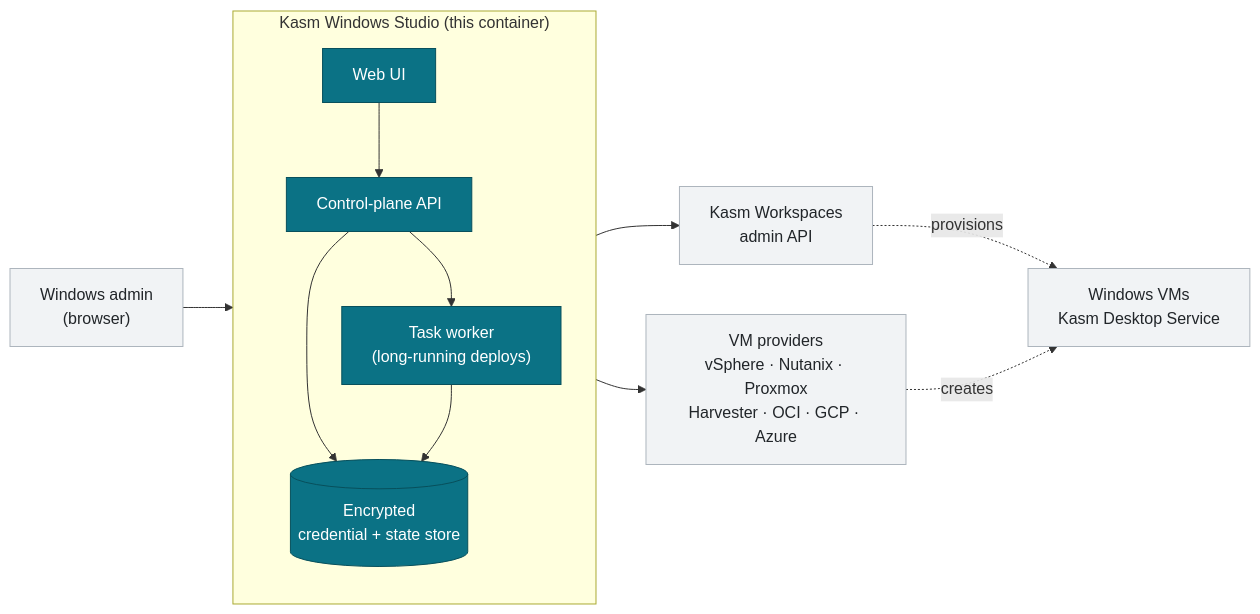
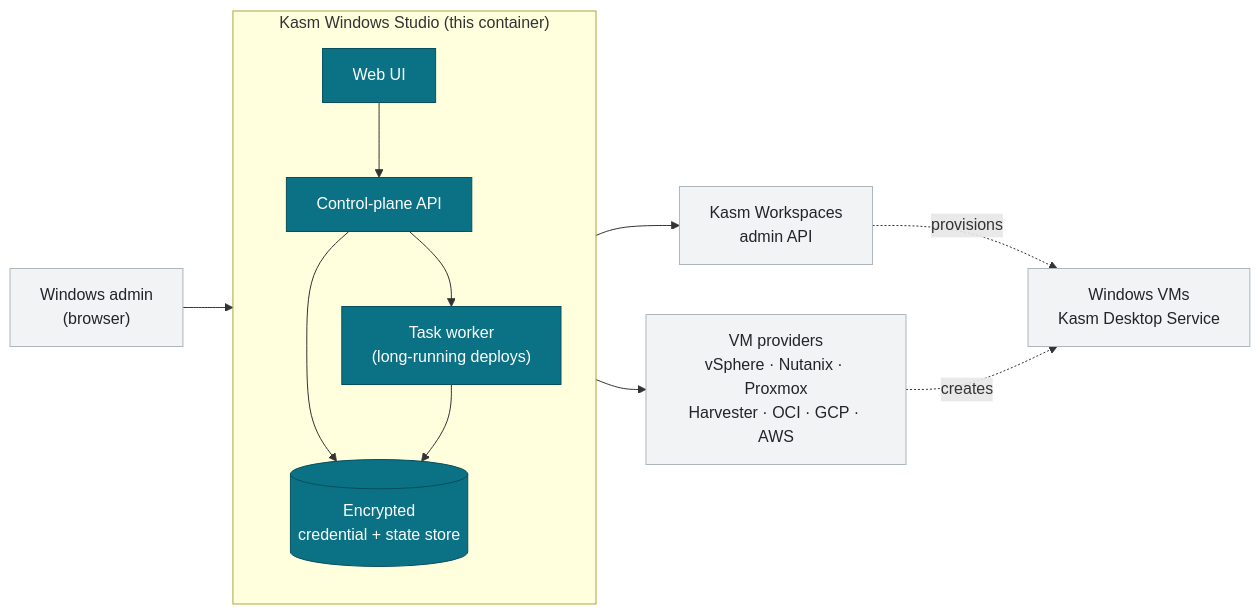
Before and after one commit to KasmInnovation/Kasm-windows-studio: the diagram in diagrams/system-architecture.mmd, drawn with Mermaid. The commit also changed 8 other files, not shown here.

```diff
--- a/diagrams/system-architecture.mmd
+++ b/diagrams/system-architecture.mmd
@@ -1,29 +1,29 @@
 flowchart LR
     Admin["Windows admin<br/>(browser)"]
 
     subgraph Studio["Kasm Windows Studio (this container)"]
         direction TB
         UI["Web UI"]
         API["Control-plane API"]
         WRK["Task worker<br/>(long-running deploys)"]
         DB[("Encrypted<br/>credential + state store")]
         UI --> API
         API --> WRK
         API --> DB
         WRK --> DB
     end
 
     KASM["Kasm Workspaces<br/>admin API"]
-    HV["VM providers<br/>vSphere · Nutanix · Proxmox<br/>Harvester · OCI · GCP · Azure"]
+    HV["VM providers<br/>vSphere · Nutanix · Proxmox<br/>Harvester · OCI · GCP · AWS"]
     WIN["Windows VMs<br/>Kasm Desktop Service"]
 
     Admin --> UI
     API --> KASM
     WRK --> HV
     KASM -. provisions .-> WIN
     HV  -. creates .-> WIN
 
     classDef studio fill:#0b7285,stroke:#08505c,color:#ffffff;
     classDef ext fill:#f1f3f5,stroke:#adb5bd,color:#212529;
     class UI,API,WRK,DB studio;
     class KASM,HV,WIN,Admin ext;
```
